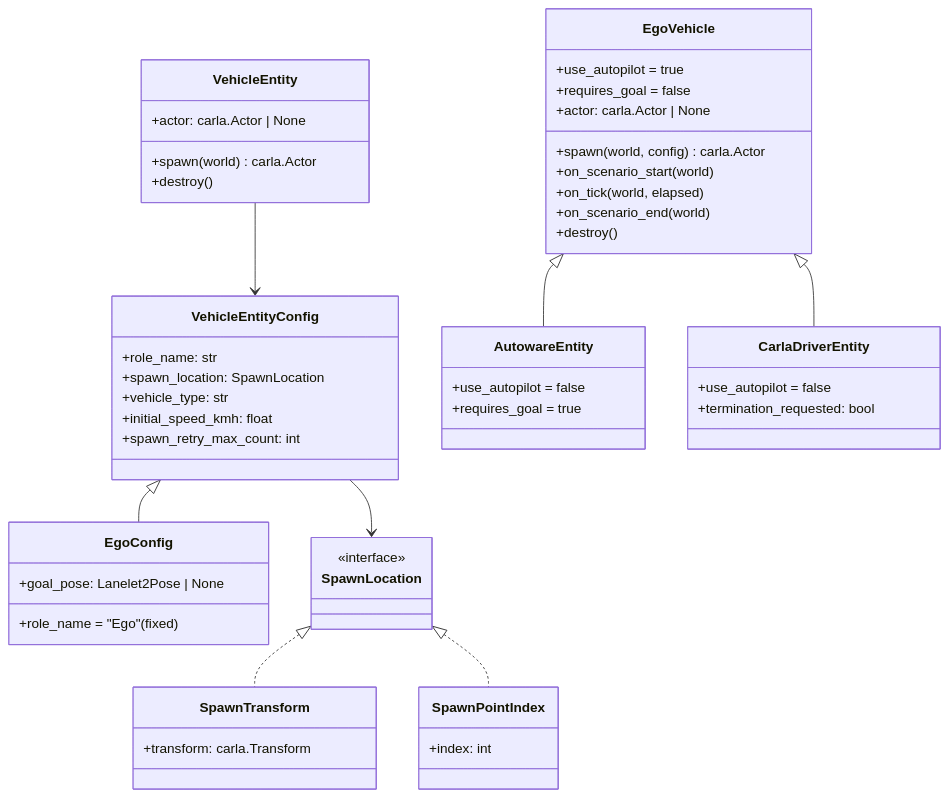
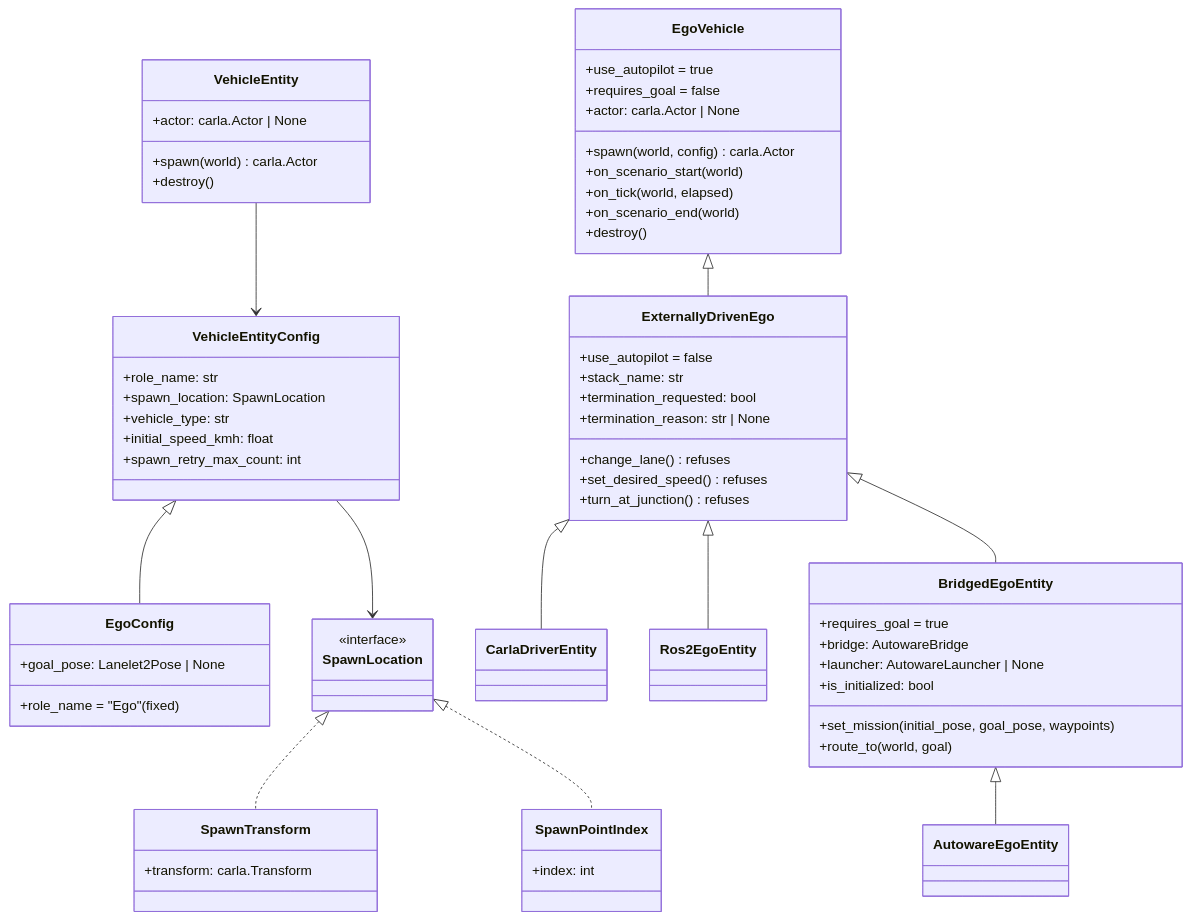
Before and after one commit to autowarefoundation/autoware_carla_scenario: diagram 12 of 14 in autoware_carla_scenario/docs/architecture.md, drawn with Mermaid. The commit also changed other lines of this file and 20 other files, not shown here.

First line of the commit message:
refactor(entity): give the externally driven egos a common base (#172)

````diff
--- a/autoware_carla_scenario/docs/architecture.md
+++ b/autoware_carla_scenario/docs/architecture.md
@@ -941,62 +941,80 @@
 ```mermaid
 classDiagram
     class VehicleEntityConfig {
         +role_name: str
         +spawn_location: SpawnLocation
         +vehicle_type: str
         +initial_speed_kmh: float
         +spawn_retry_max_count: int
     }
 
     class EgoConfig {
         +role_name = "Ego" (fixed)
         +goal_pose: Lanelet2Pose | None
     }
 
     class SpawnLocation {
         <<interface>>
     }
 
     class SpawnTransform {
         +transform: carla.Transform
     }
 
     class SpawnPointIndex {
         +index: int
     }
 
     class VehicleEntity {
         +actor: carla.Actor | None
         +spawn(world) carla.Actor
         +destroy()
     }
 
     class EgoVehicle {
         +use_autopilot = true
         +requires_goal = false
         +actor: carla.Actor | None
         +spawn(world, config) carla.Actor
         +on_scenario_start(world)
         +on_tick(world, elapsed)
         +on_scenario_end(world)
         +destroy()
     }
 
-    class AutowareEntity {
+    class ExternallyDrivenEgo {
         +use_autopilot = false
-        +requires_goal = true
+        +stack_name: str
+        +termination_requested: bool
+        +termination_reason: str | None
+        +change_lane() refuses
+        +set_desired_speed() refuses
+        +turn_at_junction() refuses
     }
 
-    class CarlaDriverEntity {
-        +use_autopilot = false
-        +termination_requested: bool
+    class CarlaDriverEntity
+
+    class Ros2EgoEntity
+
+    class BridgedEgoEntity {
+        +requires_goal = true
+        +bridge: AutowareBridge
+        +launcher: AutowareLauncher | None
+        +set_mission(initial_pose, goal_pose, waypoints)
+        +route_to(world, goal)
+        +is_initialized: bool
     }
+
+    class AutowareEgoEntity
 
     VehicleEntityConfig <|-- EgoConfig
     SpawnLocation <|.. SpawnTransform
     SpawnLocation <|.. SpawnPointIndex
     VehicleEntityConfig --> SpawnLocation
     VehicleEntity --> VehicleEntityConfig
-    EgoVehicle <|-- AutowareEntity
-    EgoVehicle <|-- CarlaDriverEntity
+    EgoVehicle <|-- ExternallyDrivenEgo
+    ExternallyDrivenEgo <|-- CarlaDriverEntity
+    ExternallyDrivenEgo <|-- Ros2EgoEntity
+    ExternallyDrivenEgo <|-- BridgedEgoEntity
+    BridgedEgoEntity <|-- AutowareEgoEntity
 ```
````
